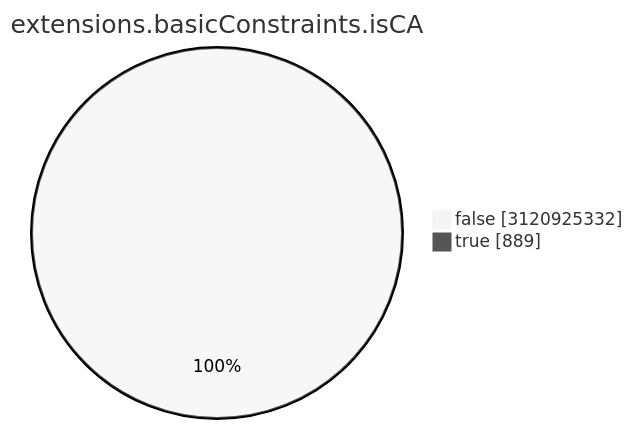
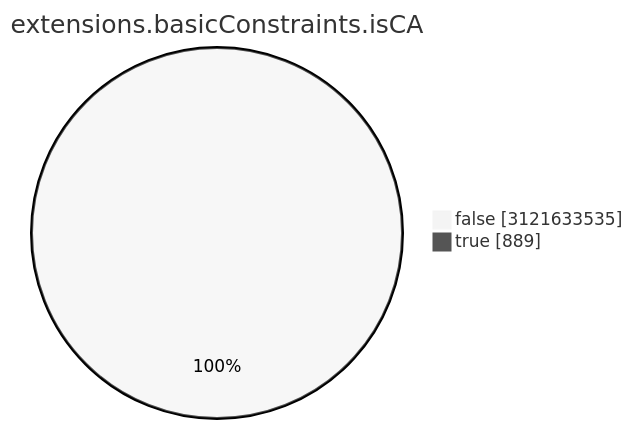
Before and after one commit to christiankrug/ctmonitor_visualization: the seventh of 15 diagrams in TOTAL/README.md, drawn with Mermaid (neutral theme). The commit also changed other lines of this file, not shown here.

````diff
--- a/TOTAL/README.md
+++ b/TOTAL/README.md
@@ -3088,6 +3088,6 @@
 ```mermaid
 pie showData
 title extensions.basicConstraints.isCA
-"false" :3120925332
+"false" :3121633535
 "true" :889
 ```
````
